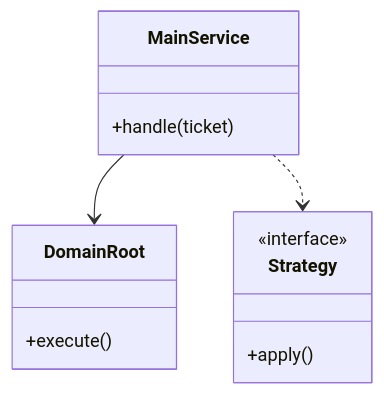
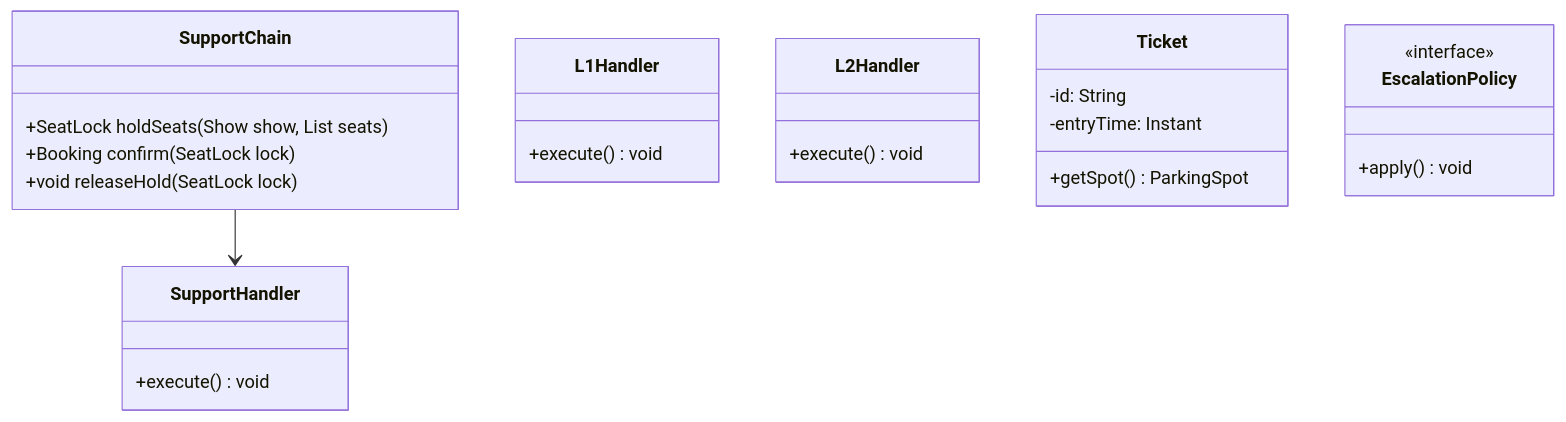
Before and after one commit to madhupaila/Interview-Prep-SSE: the first of 3 diagrams in Learn/System Design - Low Level Design/03-design-patterns/questions/Q18-chain-support-tickets.md, drawn with Mermaid. The commit also changed other lines of this file and 491 other files, not shown here.

````diff
--- a/Learn/System Design - Low Level Design/03-design-patterns/questions/Q18-chain-support-tickets.md
+++ b/Learn/System Design - Low Level Design/03-design-patterns/questions/Q18-chain-support-tickets.md
@@ -74,15 +92,27 @@
 ```mermaid
 classDiagram
-    class MainService {
-        +handle(ticket)
+    class SupportChain {
+        +SeatLock holdSeats(Show show, List<Seat> seats)
+        +Booking confirm(SeatLock lock)
+        +void releaseHold(SeatLock lock)
     }
-    class DomainRoot {
-        +execute()
+    class SupportHandler {
+        +execute() void
     }
-    class Strategy {
+    class L1Handler {
+        +execute() void
+    }
+    class L2Handler {
+        +execute() void
+    }
+    class Ticket {
+        -id: String
+        -entryTime: Instant
+        +getSpot() ParkingSpot
+    }
+    class EscalationPolicy {
         <<interface>>
-        +apply()
+        +apply() void
     }
-    MainService --> DomainRoot
-    MainService ..> Strategy
+    SupportChain --> SupportHandler
 ```
````
